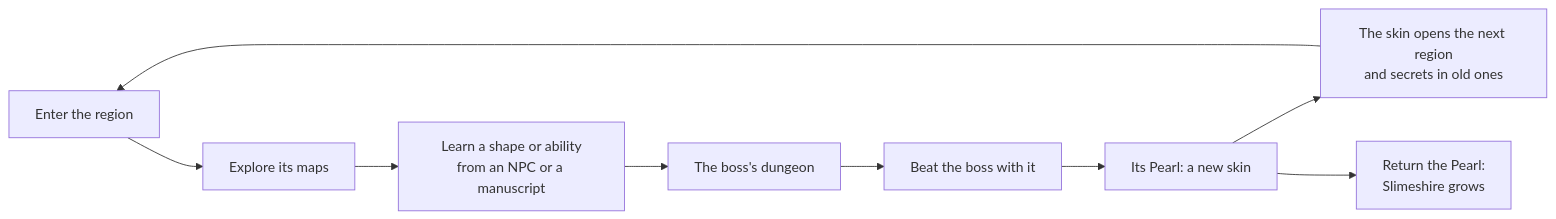
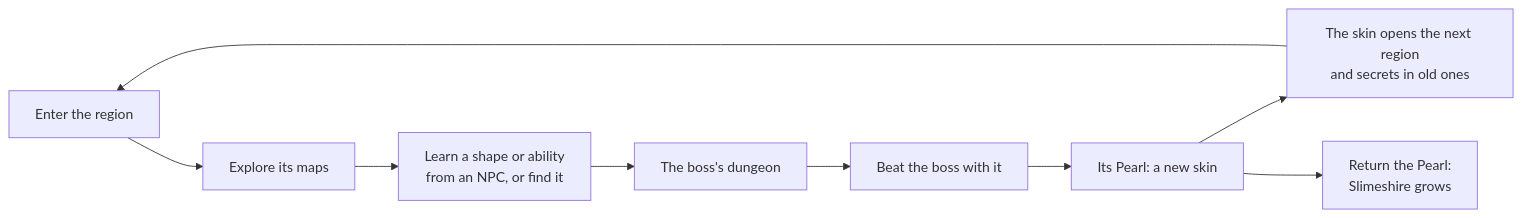
Before and after one commit to jason840917gmail/Slime_Isa: the diagram in docs/story/01-direction.md, drawn with Mermaid. The commit also changed other lines of this file and 24 other files, not shown here.

````diff
--- a/docs/story/01-direction.md
+++ b/docs/story/01-direction.md
@@ -118,11 +205,11 @@
 ```mermaid
 flowchart LR
   A[Enter the region] --> B[Explore its maps]
-  B --> C[Learn a shape or ability<br/>from an NPC or a manuscript]
+  B --> C[Learn a shape or ability<br/>from an NPC, or find it]
   C --> D[The boss's dungeon]
   D --> E[Beat the boss with it]
   E --> F[Its Pearl: a new skin]
   F --> G[The skin opens the next region<br/>and secrets in old ones]
   F --> H[Return the Pearl:<br/>Slimeshire grows]
   G --> A
 ```
````
